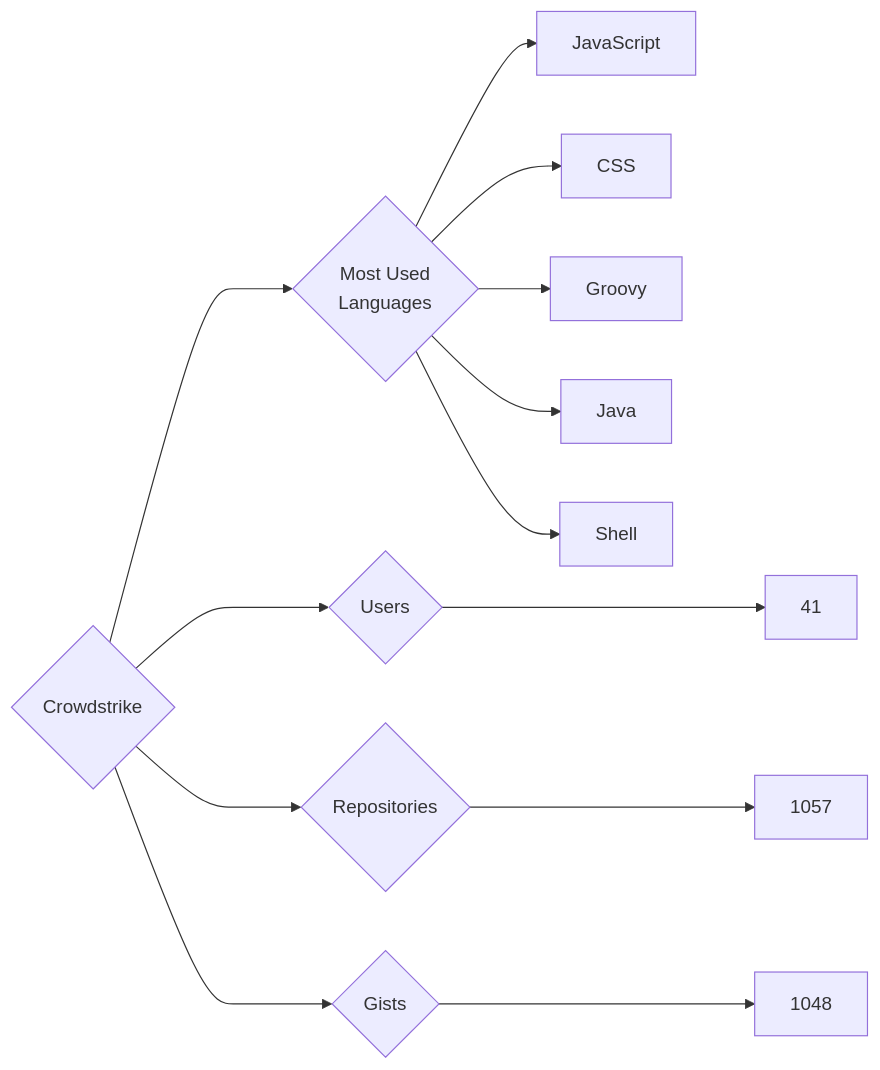
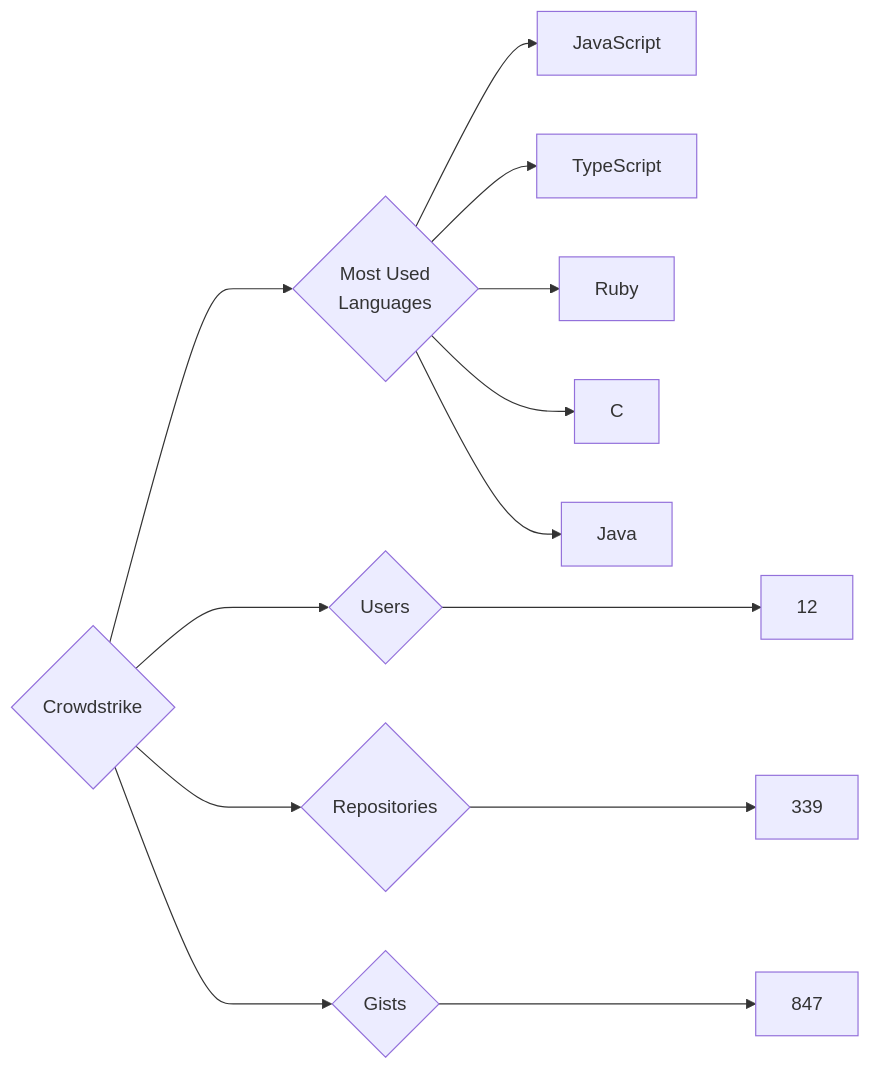
One commit to trickest/insiders changed the diagram in targets/Crowdstrike/README.md. Above: the diagram before and after it, drawn with Mermaid. The commit also changed 782 other files, not shown here.

````diff
--- a/targets/Crowdstrike/README.md
+++ b/targets/Crowdstrike/README.md
@@ -3,13 +3,13 @@
 ```mermaid
 graph LR
 COMPANY_NAME{Crowdstrike}
-COMPANY_NAME ---> U{Users} ---> UN[41]
-COMPANY_NAME ---> R{Repositories} ---> RN[1057]
-COMPANY_NAME ---> G{Gists} ---> GN[1048]
+COMPANY_NAME ---> U{Users} ---> UN[12]
+COMPANY_NAME ---> R{Repositories} ---> RN[339]
+COMPANY_NAME ---> G{Gists} ---> GN[847]
 COMPANY_NAME ---> ML{Most Used<br>Languages}
 ML --> JavaScript[JavaScript]
-ML --> CSS[CSS]
-ML --> Groovy[Groovy]
+ML --> TypeScript[TypeScript]
+ML --> Ruby[Ruby]
+ML --> C[C]
 ML --> Java[Java]
-ML --> Shell[Shell]
 ```
````
